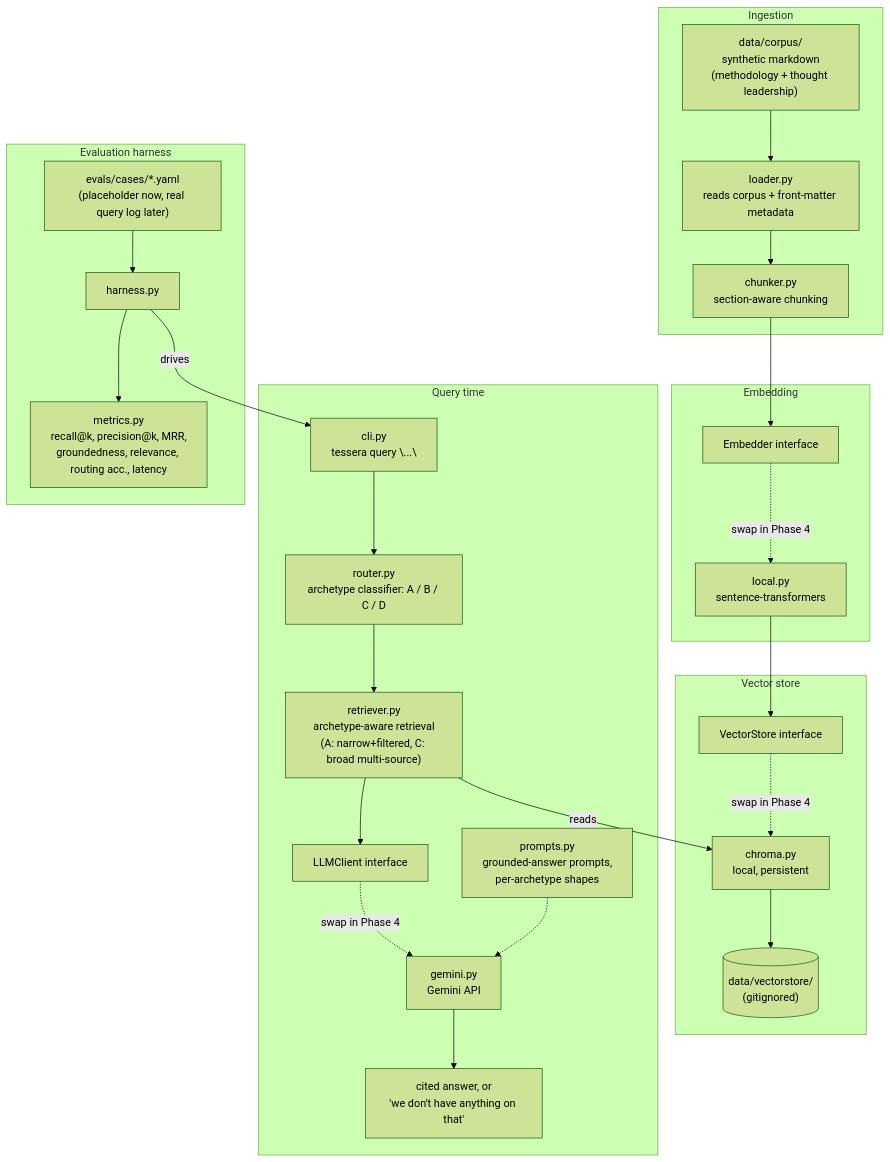
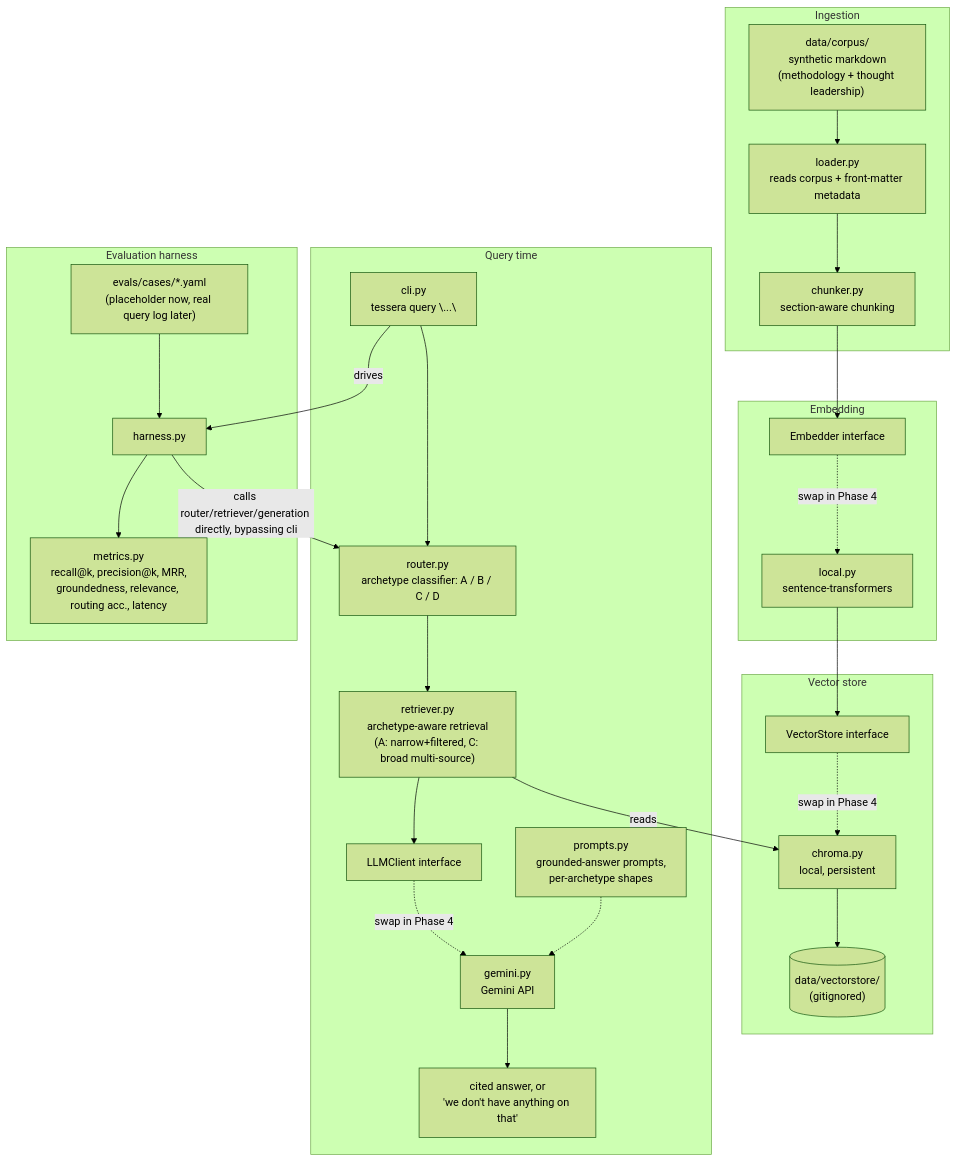
Before and after one commit to ChiragVenkateshaiah/tessera: the diagram in README.md, drawn with Mermaid (forest theme). The commit also changed other lines of this file and 5 other files, not shown here.

````diff
--- a/README.md
+++ b/README.md
@@ -39,50 +40,52 @@
 ```mermaid
 flowchart TB
     subgraph ingest["Ingestion"]
         corpus["data/corpus/<br/>synthetic markdown<br/>(methodology + thought leadership)"]
         loader["loader.py<br/>reads corpus + front-matter metadata"]
         chunker["chunker.py<br/>section-aware chunking"]
         corpus --> loader --> chunker
     end
 
     subgraph embed["Embedding"]
         embedIface["Embedder interface"]
         embedImpl["local.py<br/>sentence-transformers"]
         embedIface -.swap in Phase 4.-> embedImpl
     end
 
     subgraph store["Vector store"]
         storeIface["VectorStore interface"]
         storeImpl["chroma.py<br/>local, persistent"]
         storeIface -.swap in Phase 4.-> storeImpl
         persisted[("data/vectorstore/<br/>(gitignored)")]
         storeImpl --> persisted
     end
 
     chunker --> embedIface
     embedImpl --> storeIface
 
     subgraph query["Query time"]
         cli["cli.py<br/>tessera query \"...\""]
         router["router.py<br/>archetype classifier: A / B / C / D"]
         retriever["retriever.py<br/>archetype-aware retrieval<br/>(A: narrow+filtered, C: broad multi-source)"]
         genIface["LLMClient interface"]
         genImpl["gemini.py<br/>Gemini API"]
         prompts["prompts.py<br/>grounded-answer prompts,<br/>per-archetype shapes"]
         cli --> router --> retriever
         retriever -->|reads| storeImpl
         retriever --> genIface
         genIface -.swap in Phase 4.-> genImpl
         prompts -.-> genImpl
         genImpl --> answer["cited answer, or<br/>'we don't have anything on that'"]
     end
 
     subgraph evalh["Evaluation harness"]
         cases["evals/cases/*.yaml<br/>(placeholder now, real query log later)"]
         harness["harness.py"]
         metrics["metrics.py<br/>recall@k, precision@k, MRR,<br/>groundedness, relevance, routing acc., latency"]
         cases --> harness
-        harness -->|drives| cli
+        harness -->|calls router/retriever/generation directly, bypassing cli| router
         harness --> metrics
     end
+
+    cli -->|drives| harness
 ```
````
